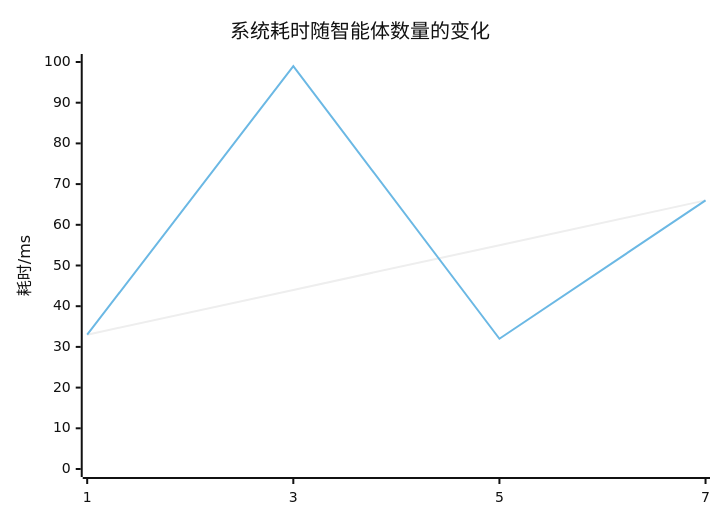
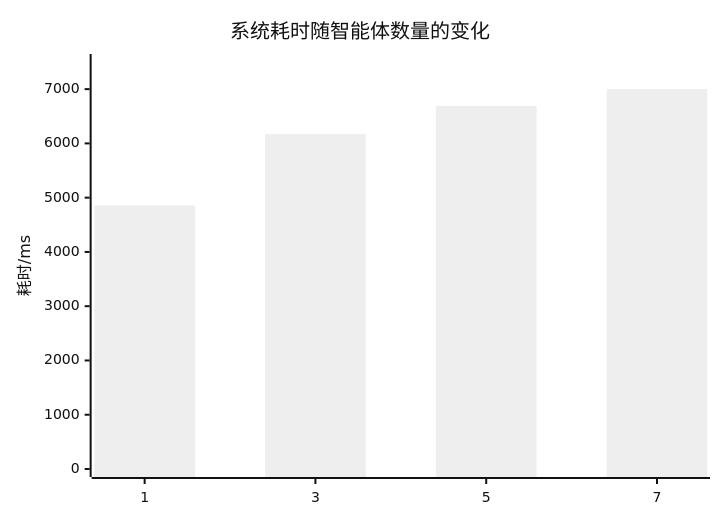
Before and after one commit to shynur/sqlbot: the seventh of 7 diagrams in paper/paper.md, drawn with Mermaid (neutral theme). The commit also changed other lines of this file, not shown here.

````diff
--- a/paper/paper.md
+++ b/paper/paper.md
@@ -787,8 +787,7 @@
 ```mermaid
 xychart-beta
     title "系统耗时随智能体数量的变化"
     x-axis [1, 3, 5, 7]
-    y-axis "耗时/ms" 0 --> 100
-    line [33,44,55,66]
-    line [33,99,32,66]
+    y-axis "耗时/ms" 0 --> 7500
+    bar [ 4857 , 6171 , 6692 , 7001 ]
 ```
````
